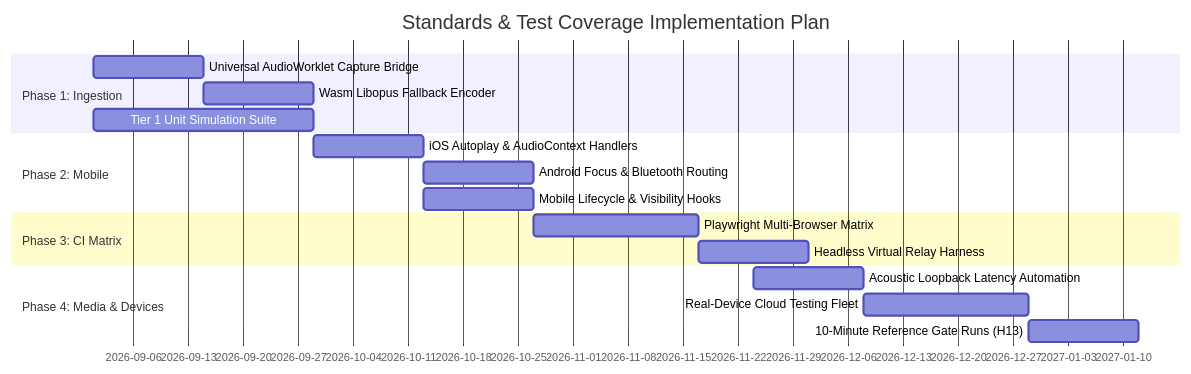
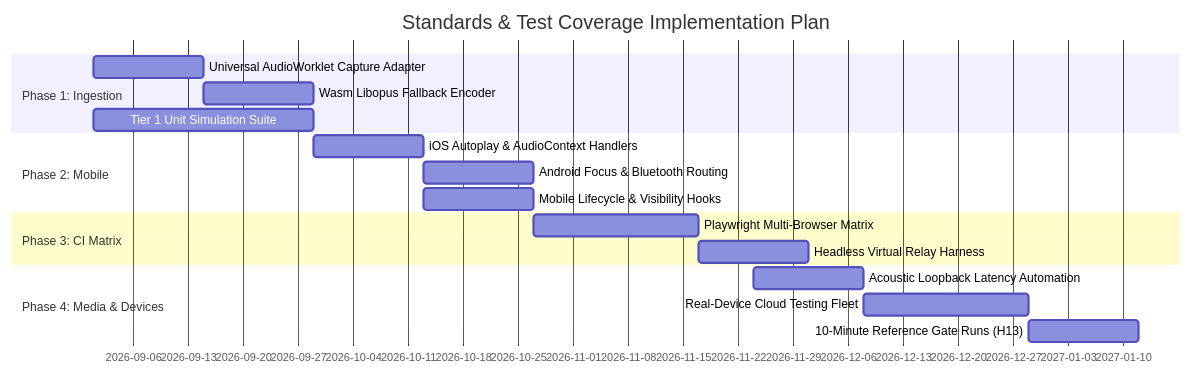
One commit to mccann-stuart/real-fabric changed the fifth of 5 diagrams in Standards.md. Above: the diagram before and after it, drawn with Mermaid. The commit also changed other lines of this file, not shown here.

````diff
--- a/Standards.md
+++ b/Standards.md
@@ -340,20 +454,20 @@
 ```mermaid
 gantt
     title Standards & Test Coverage Implementation Plan
     dateFormat  YYYY-MM-DD
     section Phase 1: Ingestion
-    Universal AudioWorklet Capture Bridge :p1_1, 2026-09-01, 14d
-    Wasm Libopus Fallback Encoder        :p1_2, after p1_1, 14d
-    Tier 1 Unit Simulation Suite         :p1_3, 2026-09-01, 28d
+    Universal AudioWorklet Capture Adapter :p1_1, 2026-09-01, 14d
+    Wasm Libopus Fallback Encoder         :p1_2, after p1_1, 14d
+    Tier 1 Unit Simulation Suite          :p1_3, 2026-09-01, 28d
     section Phase 2: Mobile
-    iOS Autoplay & AudioContext Handlers :p2_1, 2026-09-29, 14d
-    Android Focus & Bluetooth Routing   :p2_2, after p2_1, 14d
-    Mobile Lifecycle & Visibility Hooks :p2_3, after p2_1, 14d
+    iOS Autoplay & AudioContext Handlers  :p2_1, 2026-09-29, 14d
+    Android Focus & Bluetooth Routing    :p2_2, after p2_1, 14d
+    Mobile Lifecycle & Visibility Hooks  :p2_3, after p2_1, 14d
     section Phase 3: CI Matrix
-    Playwright Multi-Browser Matrix      :p3_1, 2026-10-27, 21d
-    Headless Virtual Relay Harness       :p3_2, after p3_1, 14d
+    Playwright Multi-Browser Matrix       :p3_1, 2026-10-27, 21d
+    Headless Virtual Relay Harness        :p3_2, after p3_1, 14d
     section Phase 4: Media & Devices
-    Acoustic Loopback Latency Automation :p4_1, 2026-11-24, 14d
-    Real-Device Cloud Testing Fleet      :p4_2, after p4_1, 21d
-    10-Minute Reference Gate Runs (H13)  :p4_3, after p4_2, 14d
+    Acoustic Loopback Latency Automation  :p4_1, 2026-11-24, 14d
+    Real-Device Cloud Testing Fleet       :p4_2, after p4_1, 21d
+    10-Minute Reference Gate Runs (H13)   :p4_3, after p4_2, 14d
 ```
````
